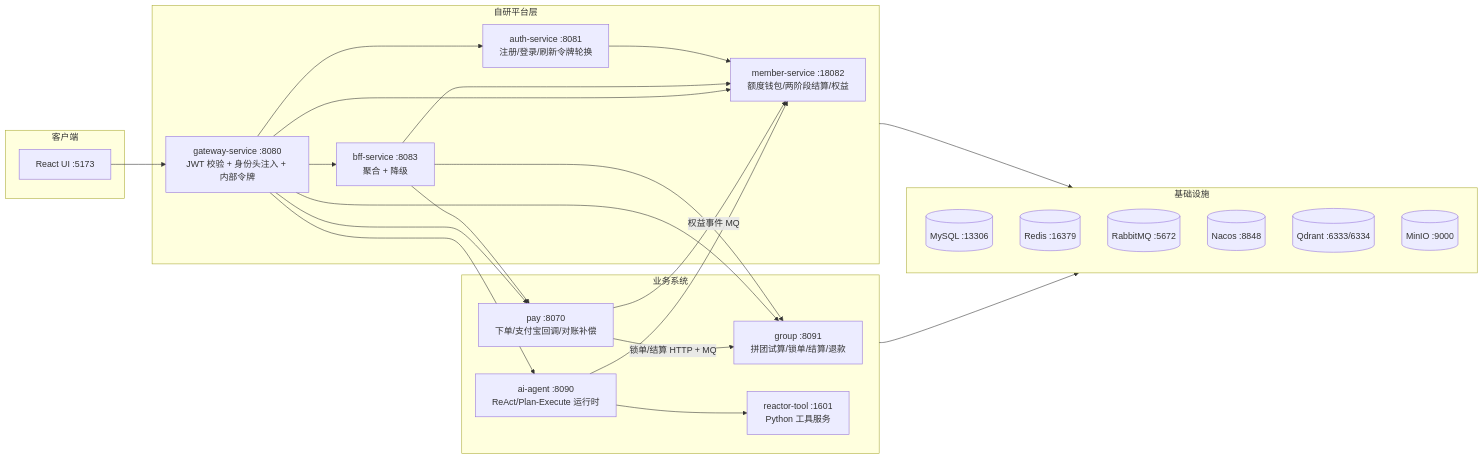
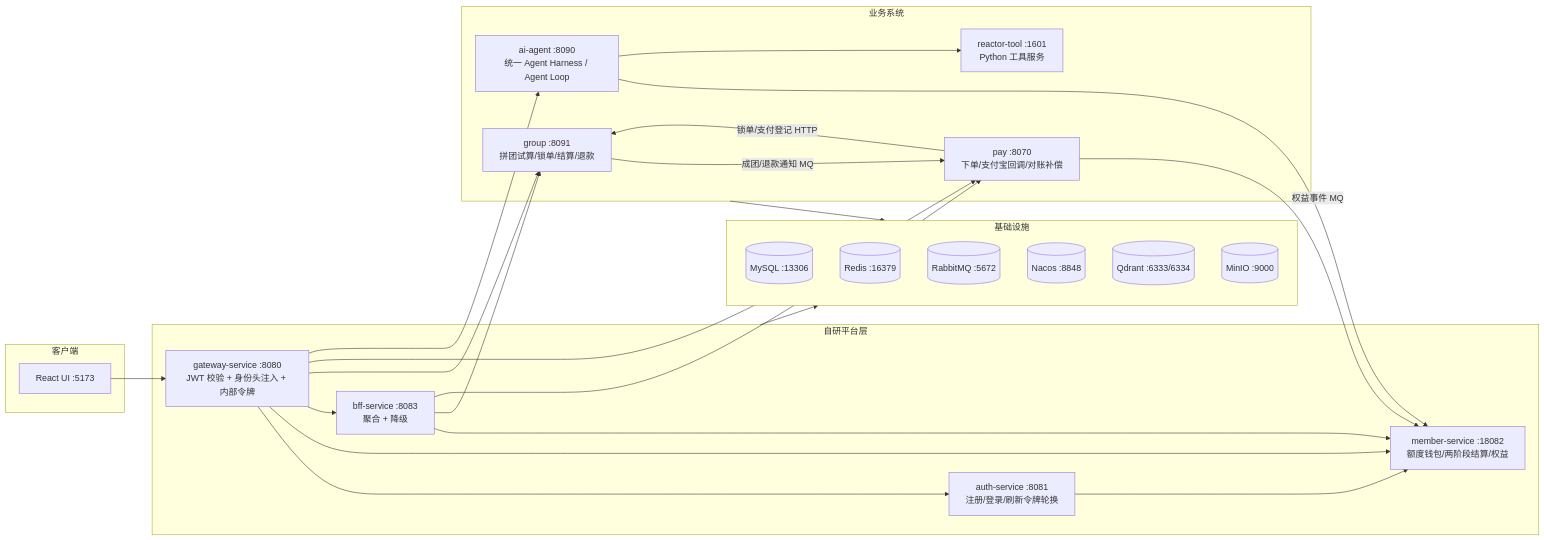
The diagram in README.md (zhanglinrun/ai-group), drawn with Mermaid before and after one commit. The commit also changed other lines of this file and 2065 other files, not shown here.

````diff
--- a/README.md
+++ b/README.md
@@ -11,39 +11,40 @@
 ```mermaid
 flowchart LR
     subgraph client [客户端]
         UI["React UI :5173"]
     end
 
     subgraph platform [自研平台层]
         GW["gateway-service :8080<br/>JWT 校验 + 身份头注入 + 内部令牌"]
         AUTH["auth-service :8081<br/>注册/登录/刷新令牌轮换"]
         MEMBER["member-service :18082<br/>额度钱包/两阶段结算/权益"]
         BFF["bff-service :8083<br/>聚合 + 降级"]
     end
 
     subgraph business [业务系统]
         GROUP["group :8091<br/>拼团试算/锁单/结算/退款"]
         PAY["pay :8070<br/>下单/支付宝回调/对账补偿"]
-        AGENT["ai-agent :8090<br/>ReAct/Plan-Execute 运行时"]
+        AGENT["ai-agent :8090<br/>统一 Agent Harness / Agent Loop"]
         TOOL["reactor-tool :1601<br/>Python 工具服务"]
     end
 
     subgraph infra [基础设施]
         MYSQL[("MySQL :13306")]
         REDIS[("Redis :16379")]
         MQ[("RabbitMQ :5672")]
         NACOS[("Nacos :8848")]
         QDRANT[("Qdrant :6333/6334")]
         MINIO[("MinIO :9000")]
     end
 
     UI --> GW
     GW --> AUTH & MEMBER & BFF & GROUP & PAY & AGENT
     BFF --> MEMBER & GROUP & PAY
     AUTH --> MEMBER
     AGENT --> MEMBER & TOOL
-    PAY -->|"锁单/结算 HTTP + MQ"| GROUP
+    PAY -->|"锁单/支付登记 HTTP"| GROUP
+    GROUP -->|"成团/退款通知 MQ"| PAY
     PAY -->|"权益事件 MQ"| MEMBER
     business --> infra
     platform --> infra
 ```
````
